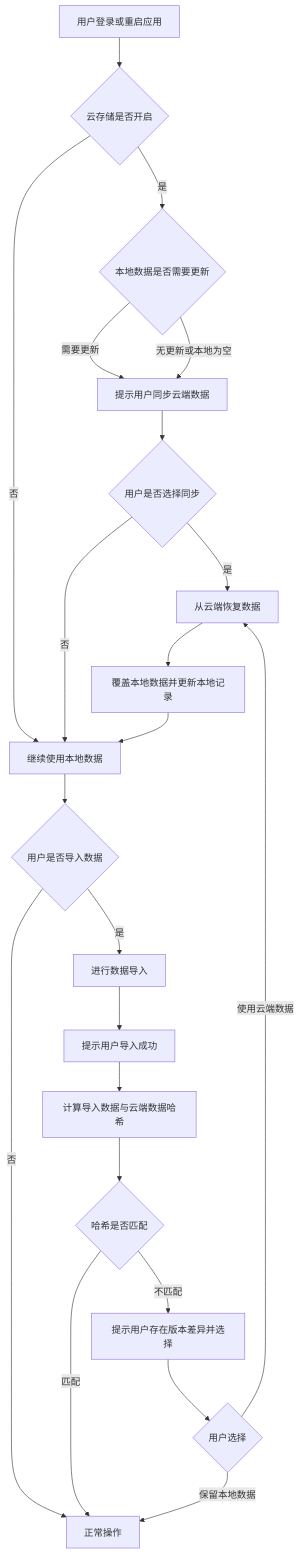
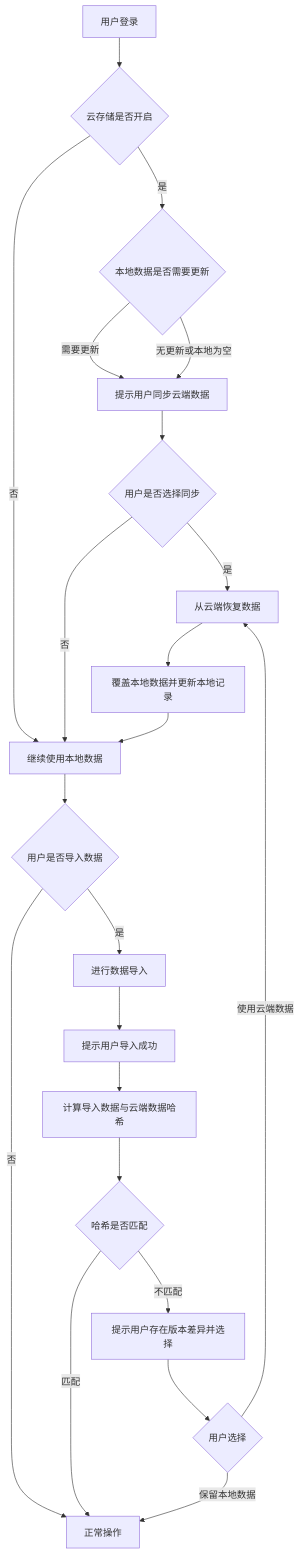
Before and after one commit to yingjianzh/iodraw-files: the diagram in all/未命名-47.md, drawn with Mermaid.

Commit message:
2025-04-29 15:58:50 update

````diff
--- a/all/未命名-47.md
+++ b/all/未命名-47.md
@@ -1,31 +1,31 @@
 ```mermaid
 flowchart TD
-    A[用户登录或重启应用] --> B{云存储是否开启}
+    A[用户登录] --> B{云存储是否开启}
     B -->|是| C{本地数据是否需要更新}
     B -->|否| D[继续使用本地数据]
 
     C --> |需要更新| E[提示用户同步云端数据]
     C --> |无更新或本地为空| E
 
     E --> F{用户是否选择同步}
     F -->|是| G[从云端恢复数据]
     F -->|否| D
 
     G --> H[覆盖本地数据并更新本地记录]
     H --> D
 
     D --> I{用户是否导入数据}
     I --> |是| J[进行数据导入]
     I --> |否| End[正常操作]
 
     J --> K[提示用户导入成功]
     K --> L[计算导入数据与云端数据哈希]
     L --> M{哈希是否匹配}
 
     M -->|匹配| End
     M -->|不匹配| N[提示用户存在版本差异并选择]
     
     N --> O{用户选择}
     O -->|使用云端数据| G
     O -->|保留本地数据| End
 ```
````
